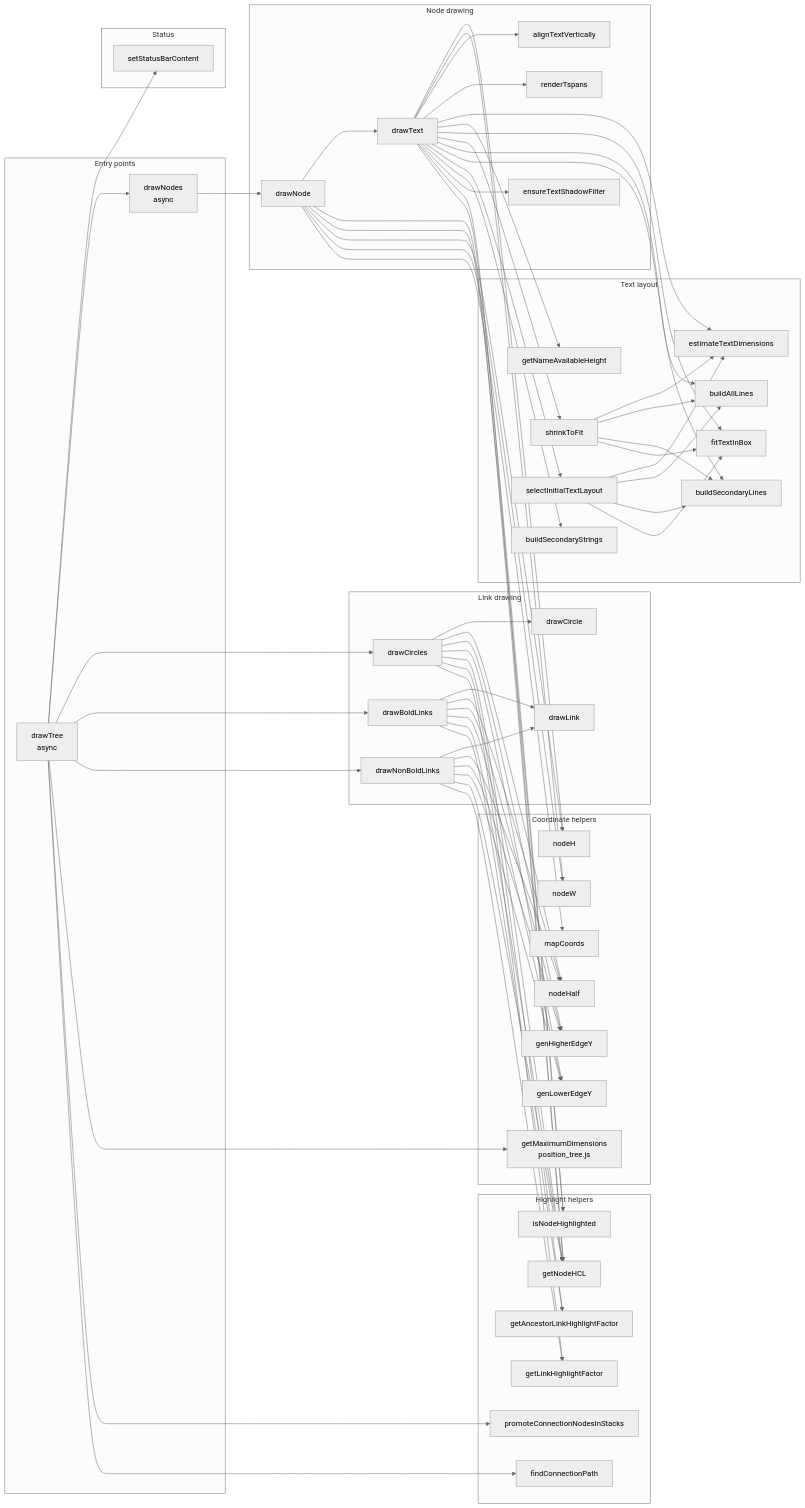
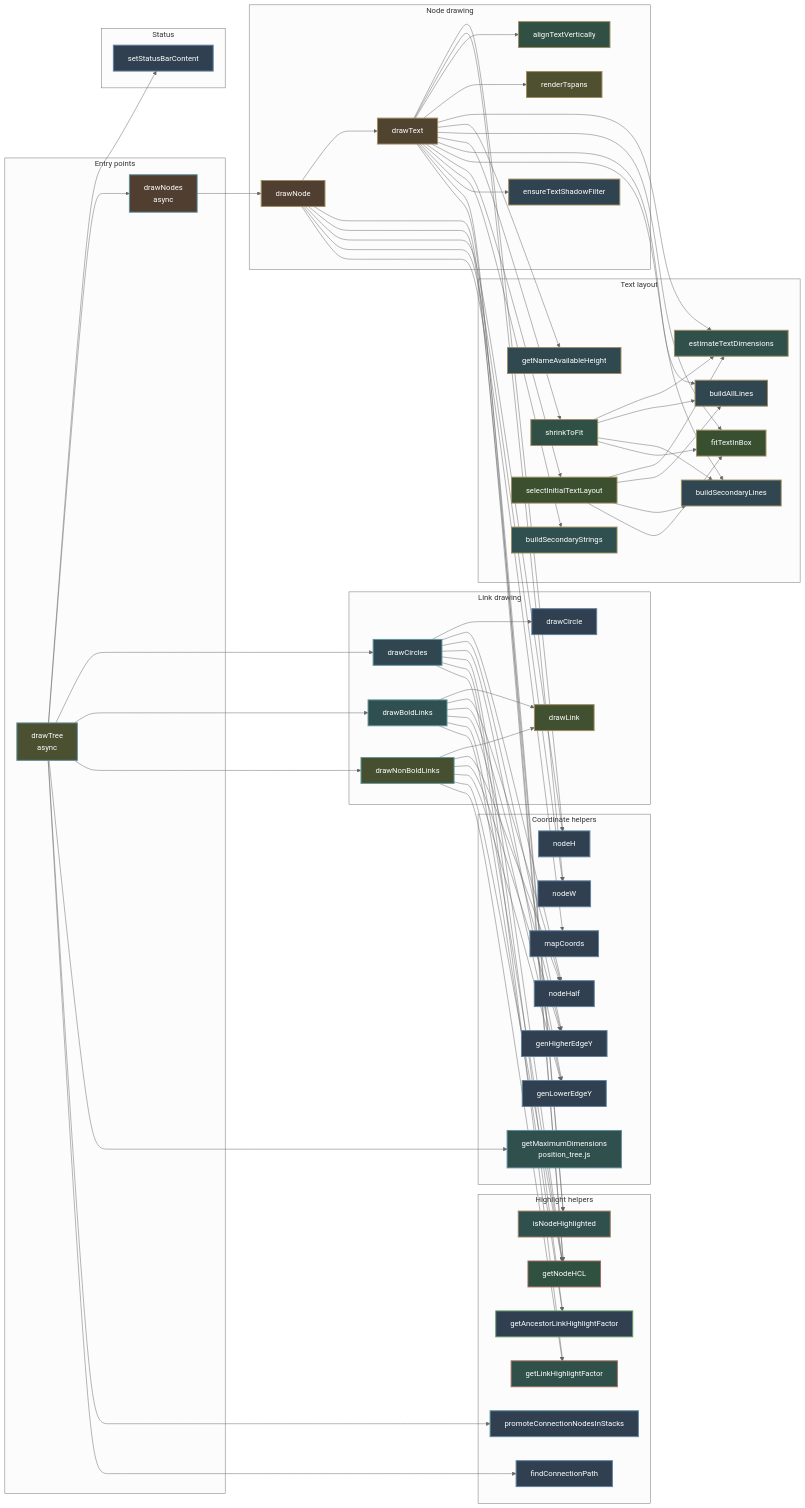
The third of 5 diagrams in mermaid.md (erikshelley/complete-family-tree-viewer), drawn with Mermaid (neutral theme) before and after one commit. The commit also changed other lines of this file and 13 other files, not shown here.

````diff
--- a/mermaid.md
+++ b/mermaid.md
@@ -162,8 +227,10 @@
 ```mermaid
 flowchart LR
     subgraph entry["Entry points"]
-        drawTree["drawTree\nasync"]
-        drawNodes["drawNodes\nasync"]
+        drawTree["drawTree
+        async"]
+        drawNodes["drawNodes
+        async"]
     end
 
     subgraph links["Link drawing"]
@@ -209,7 +276,8 @@
         nodeHalf
         genLowerEdgeY
         genHigherEdgeY
-        getMaximumDimensions["getMaximumDimensions\nposition_tree.js"]
+        getMaximumDimensions["getMaximumDimensions
+        position_tree.js"]
     end
 
     subgraph status["Status"]
@@ -281,4 +349,39 @@
     shrinkToFit --> buildSecondaryLines
     shrinkToFit --> buildAllLines
     shrinkToFit --> estimateTextDimensions
+
+    style drawTree fill:#4b5030,stroke:#608e9f,stroke-width:2px,color:#fff
+    style drawNodes fill:#503f30,stroke:#608e9f,stroke-width:2px,color:#fff
+    style drawNonBoldLinks fill:#465030,stroke:#60989f,stroke-width:2px,color:#fff
+    style drawBoldLinks fill:#304f50,stroke:#60989f,stroke-width:2px,color:#fff
+    style drawCircles fill:#304650,stroke:#60989f,stroke-width:2px,color:#fff
+    style drawLink fill:#415030,stroke:#9f8b60,stroke-width:2px,color:#fff
+    style drawCircle fill:#304050,stroke:#60809f,stroke-width:2px,color:#fff
+    style drawNode fill:#503f30,stroke:#9f8c60,stroke-width:2px,color:#fff
+    style drawText fill:#504430,stroke:#9f8c60,stroke-width:2px,color:#fff
+    style renderTspans fill:#4f5030,stroke:#9f8c60,stroke-width:2px,color:#fff
+    style alignTextVertically fill:#305044,stroke:#9f8c60,stroke-width:2px,color:#fff
+    style ensureTextShadowFilter fill:#304350,stroke:#9f8c60,stroke-width:2px,color:#fff
+    style buildSecondaryStrings fill:#305050,stroke:#9f8c60,stroke-width:2px,color:#fff
+    style buildSecondaryLines fill:#304650,stroke:#9f8c60,stroke-width:2px,color:#fff
+    style buildAllLines fill:#304650,stroke:#9f8c60,stroke-width:2px,color:#fff
+    style selectInitialTextLayout fill:#3c5030,stroke:#9f8c60,stroke-width:2px,color:#fff
+    style shrinkToFit fill:#305045,stroke:#9f8c60,stroke-width:2px,color:#fff
+    style estimateTextDimensions fill:#30504b,stroke:#9f8c60,stroke-width:2px,color:#fff
+    style fitTextInBox fill:#395030,stroke:#9f8c60,stroke-width:2px,color:#fff
+    style getNameAvailableHeight fill:#304950,stroke:#9f8c60,stroke-width:2px,color:#fff
+    style findConnectionPath fill:#304050,stroke:#60809f,stroke-width:2px,color:#fff
+    style promoteConnectionNodesInStacks fill:#304050,stroke:#608e9f,stroke-width:2px,color:#fff
+    style getLinkHighlightFactor fill:#30504a,stroke:#9f6d60,stroke-width:2px,color:#fff
+    style getAncestorLinkHighlightFactor fill:#304050,stroke:#609f65,stroke-width:2px,color:#fff
+    style isNodeHighlighted fill:#30504e,stroke:#9f7c60,stroke-width:2px,color:#fff
+    style getNodeHCL fill:#305040,stroke:#9f6960,stroke-width:2px,color:#fff
+    style mapCoords fill:#304050,stroke:#60809f,stroke-width:2px,color:#fff
+    style nodeW fill:#304050,stroke:#60809f,stroke-width:2px,color:#fff
+    style nodeH fill:#304050,stroke:#60809f,stroke-width:2px,color:#fff
+    style nodeHalf fill:#304050,stroke:#60809f,stroke-width:2px,color:#fff
+    style genLowerEdgeY fill:#304050,stroke:#60809f,stroke-width:2px,color:#fff
+    style genHigherEdgeY fill:#304050,stroke:#60809f,stroke-width:2px,color:#fff
+    style getMaximumDimensions fill:#30504d,stroke:#608e9f,stroke-width:2px,color:#fff
+    style setStatusBarContent fill:#304050,stroke:#60809f,stroke-width:2px,color:#fff
 ```
````
